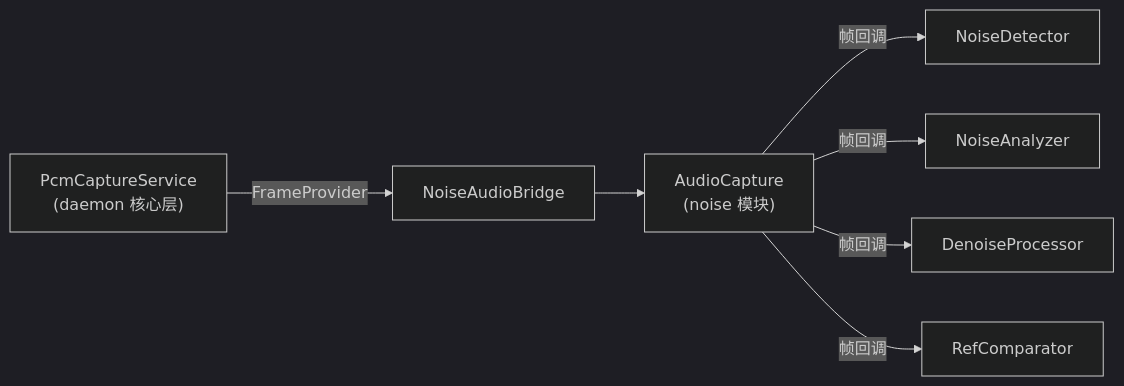
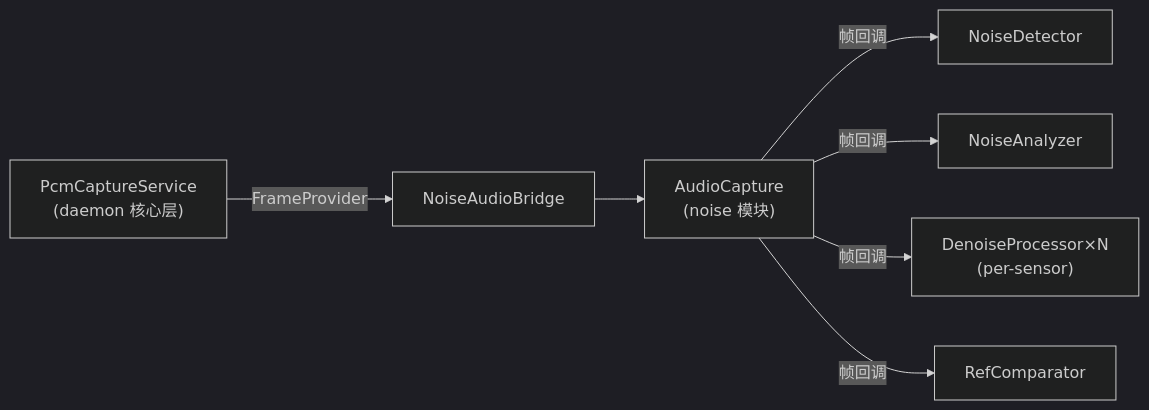
Before and after one commit to JunJunHub/aes67-linux-daemon: the third of 6 diagrams in docs/noise/architecture-design.md, drawn with Mermaid (dark theme). The commit also changed other lines of this file and 2 other files, not shown here.

First line of the commit message:
docs(noise): 明确降噪插件 per-sensor 所有权模型

````diff
--- a/docs/noise/architecture-design.md
+++ b/docs/noise/architecture-design.md
@@ -310,9 +310,9 @@
 ```mermaid
 flowchart LR
     PCS["PcmCaptureService<br/>(daemon 核心层)"] -->|FrameProvider| BRIDGE["NoiseAudioBridge"]
     BRIDGE --> CAP["AudioCapture<br/>(noise 模块)"]
     CAP -->|帧回调| DET["NoiseDetector"]
     CAP -->|帧回调| ANA["NoiseAnalyzer"]
-    CAP -->|帧回调| DNR["DenoiseProcessor"]
+    CAP -->|帧回调| DNR["DenoiseProcessor×N<br/>(per-sensor)"]
     CAP -->|帧回调| REF["RefComparator"]
 ```
````
